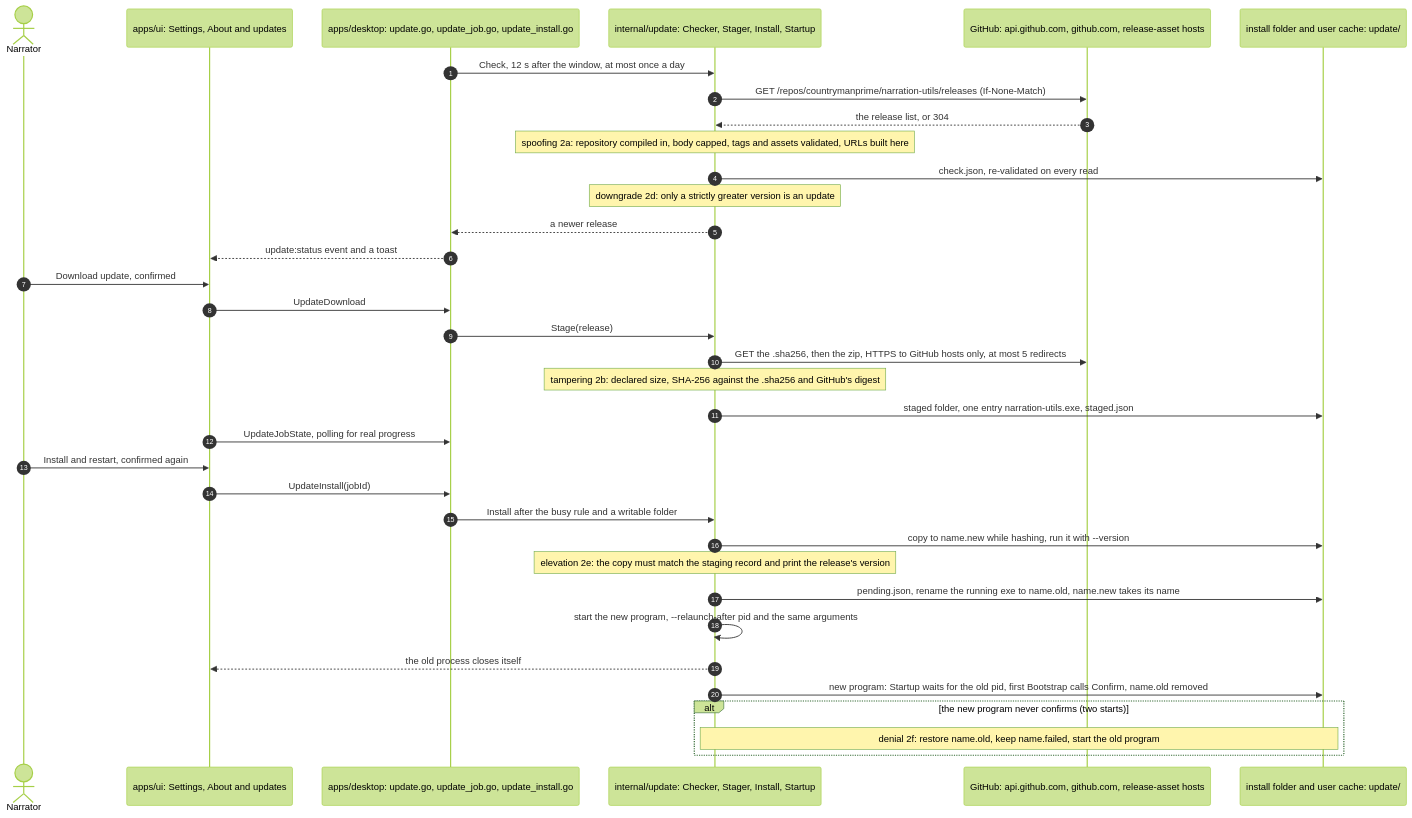
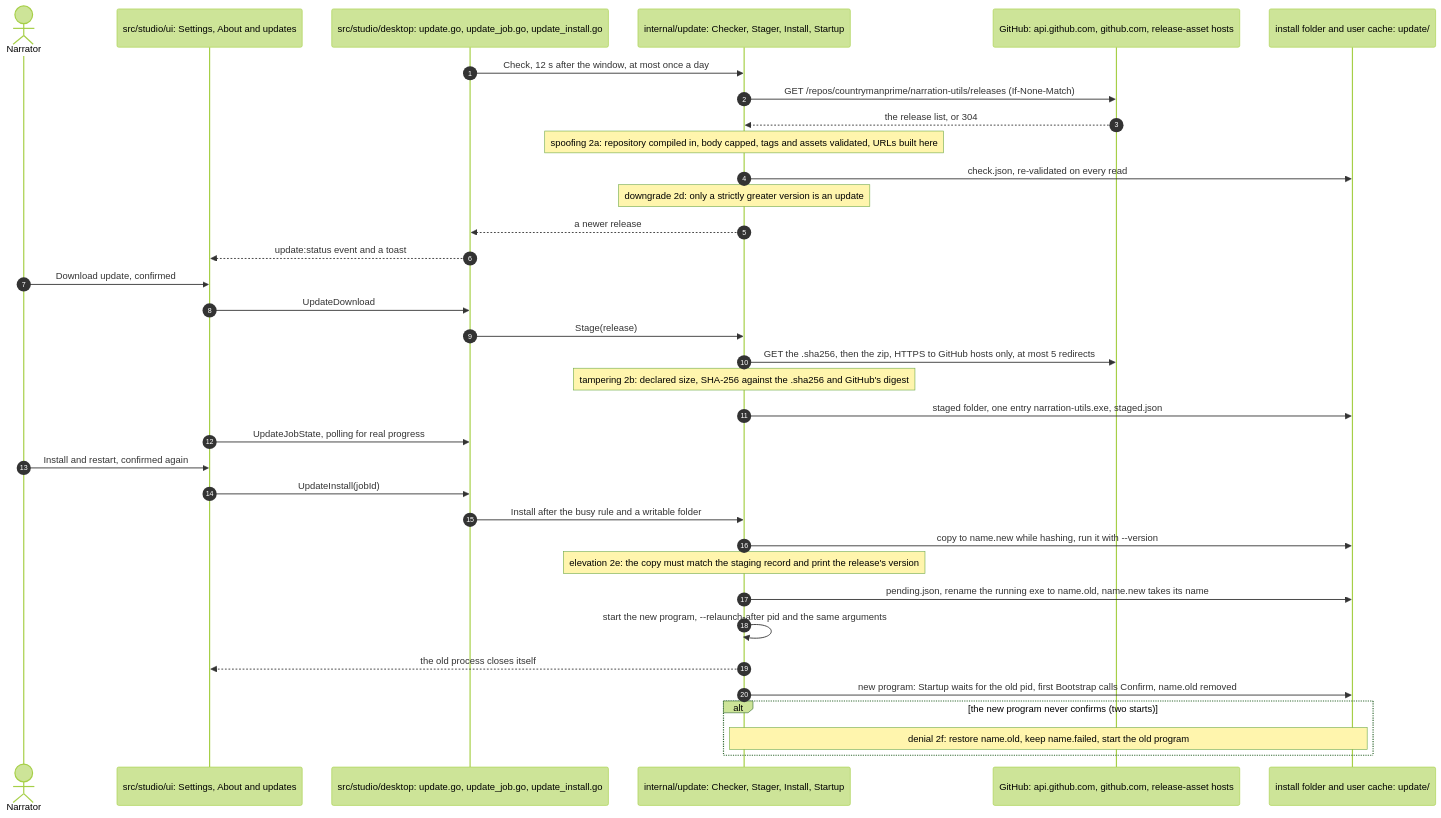
Before and after one commit to countrymanprime/narration-studio: the diagram in docs/architecture/in-app-update.md, drawn with Mermaid (forest theme). The commit also changed other lines of this file and 905 other files, not shown here.

````diff
--- a/docs/architecture/in-app-update.md
+++ b/docs/architecture/in-app-update.md
@@ -9,37 +9,37 @@
 ```mermaid
 sequenceDiagram
   autonumber
   actor N as Narrator
-  participant UI as apps/ui: Settings, About and updates
-  participant H as apps/desktop: update.go, update_job.go, update_install.go
+  participant UI as src/studio/ui: Settings, About and updates
+  participant H as src/studio/desktop: update.go, update_job.go, update_install.go
   participant U as internal/update: Checker, Stager, Install, Startup
   participant GH as GitHub: api.github.com, github.com, release-asset hosts
   participant FS as install folder and user cache: update/
   H->>U: Check, 12 s after the window, at most once a day
   U->>GH: GET /repos/countrymanprime/narration-utils/releases (If-None-Match)
   GH-->>U: the release list, or 304
   Note over U: spoofing 2a: repository compiled in, body capped, tags and assets validated, URLs built here
   U->>FS: check.json, re-validated on every read
   Note over U: downgrade 2d: only a strictly greater version is an update
   U-->>H: a newer release
   H-->>UI: update:status event and a toast
   N->>UI: Download update, confirmed
   UI->>H: UpdateDownload
   H->>U: Stage(release)
   U->>GH: GET the .sha256, then the zip, HTTPS to GitHub hosts only, at most 5 redirects
   Note over U: tampering 2b: declared size, SHA-256 against the .sha256 and GitHub's digest
   U->>FS: staged folder, one entry narration-utils.exe, staged.json
   UI->>H: UpdateJobState, polling for real progress
   N->>UI: Install and restart, confirmed again
   UI->>H: UpdateInstall(jobId)
   H->>U: Install after the busy rule and a writable folder
   U->>FS: copy to name.new while hashing, run it with --version
   Note over U: elevation 2e: the copy must match the staging record and print the release's version
   U->>FS: pending.json, rename the running exe to name.old, name.new takes its name
   U->>U: start the new program, --relaunch-after pid and the same arguments
   U-->>UI: the old process closes itself
   U->>FS: new program: Startup waits for the old pid, first Bootstrap calls Confirm, name.old removed
   alt the new program never confirms (two starts)
     Note over U,FS: denial 2f: restore name.old, keep name.failed, start the old program
   end
 ```
````
